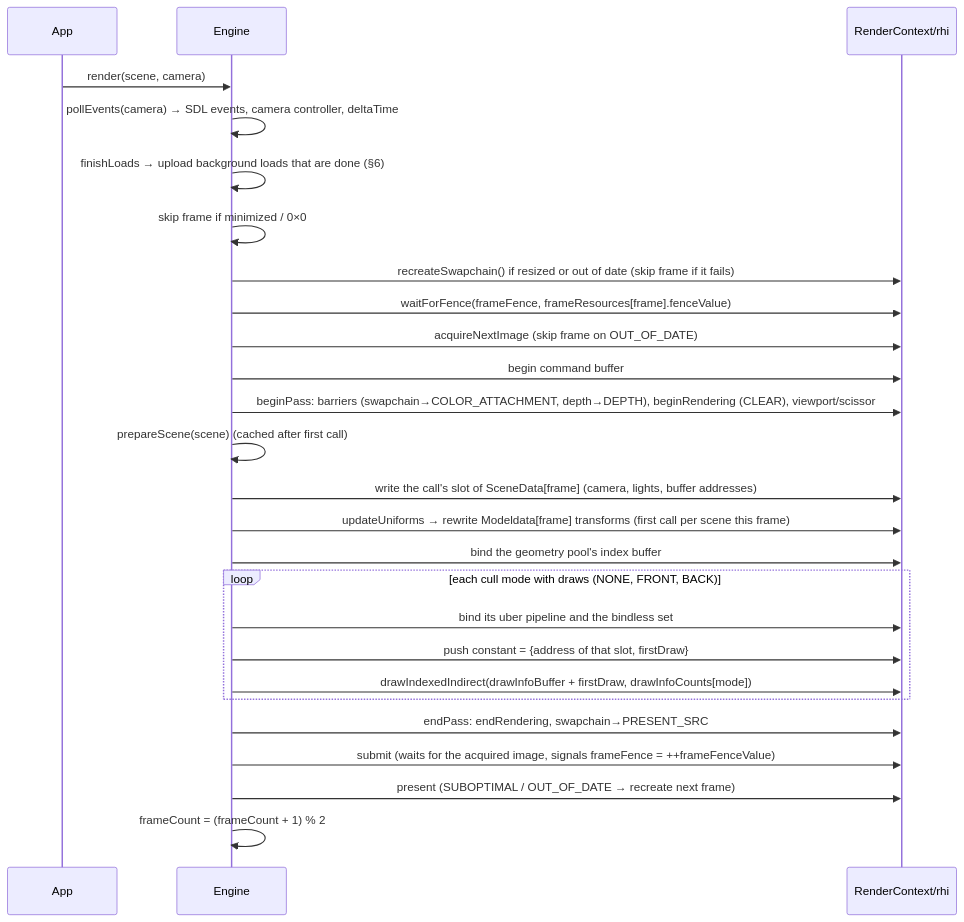
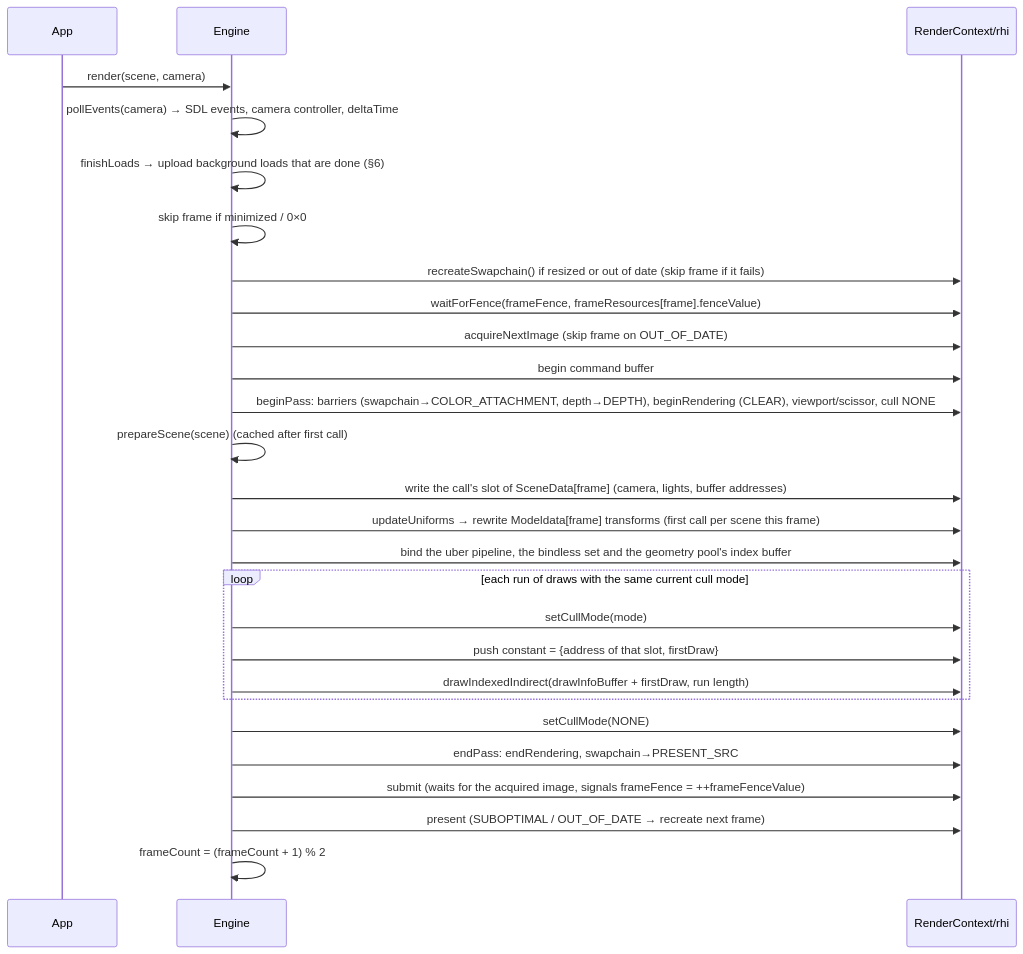
The second of 3 diagrams in docs/architecture.md (adel-elmala/rasm), drawn with Mermaid before and after one commit. The commit also changed other lines of this file and 20 other files, not shown here.

````diff
--- a/docs/architecture.md
+++ b/docs/architecture.md
@@ -81,28 +81,29 @@
 ```mermaid
 sequenceDiagram
     participant App
     participant E as Engine
     participant C as RenderContext/rhi
     App->>E: render(scene, camera)
     E->>E: pollEvents(camera) → SDL events, camera controller, deltaTime
     E->>E: finishLoads → upload background loads that are done (§6)
     E->>E: skip frame if minimized / 0×0
     E->>C: recreateSwapchain() if resized or out of date (skip frame if it fails)
     E->>C: waitForFence(frameFence, frameResources[frame].fenceValue)
     E->>C: acquireNextImage (skip frame on OUT_OF_DATE)
     E->>C: begin command buffer
-    E->>C: beginPass: barriers (swapchain→COLOR_ATTACHMENT, depth→DEPTH), beginRendering (CLEAR), viewport/scissor
+    E->>C: beginPass: barriers (swapchain→COLOR_ATTACHMENT, depth→DEPTH), beginRendering (CLEAR), viewport/scissor, cull NONE
     E->>E: prepareScene(scene) (cached after first call)
     E->>C: write the call's slot of SceneData[frame] (camera, lights, buffer addresses)
     E->>C: updateUniforms → rewrite Modeldata[frame] transforms (first call per scene this frame)
-    E->>C: bind the geometry pool's index buffer
-    loop each cull mode with draws (NONE, FRONT, BACK)
-        E->>C: bind its uber pipeline and the bindless set
+    E->>C: bind the uber pipeline, the bindless set and the geometry pool's index buffer
+    loop each run of draws with the same current cull mode
+        E->>C: setCullMode(mode)
         E->>C: push constant = {address of that slot, firstDraw}
-        E->>C: drawIndexedIndirect(drawInfoBuffer + firstDraw, drawInfoCounts[mode])
+        E->>C: drawIndexedIndirect(drawInfoBuffer + firstDraw, run length)
     end
+    E->>C: setCullMode(NONE)
     E->>C: endPass: endRendering, swapchain→PRESENT_SRC
     E->>C: submit (waits for the acquired image, signals frameFence = ++frameFenceValue)
     E->>C: present (SUBOPTIMAL / OUT_OF_DATE → recreate next frame)
     E->>E: frameCount = (frameCount + 1) % 2
 ```
````
